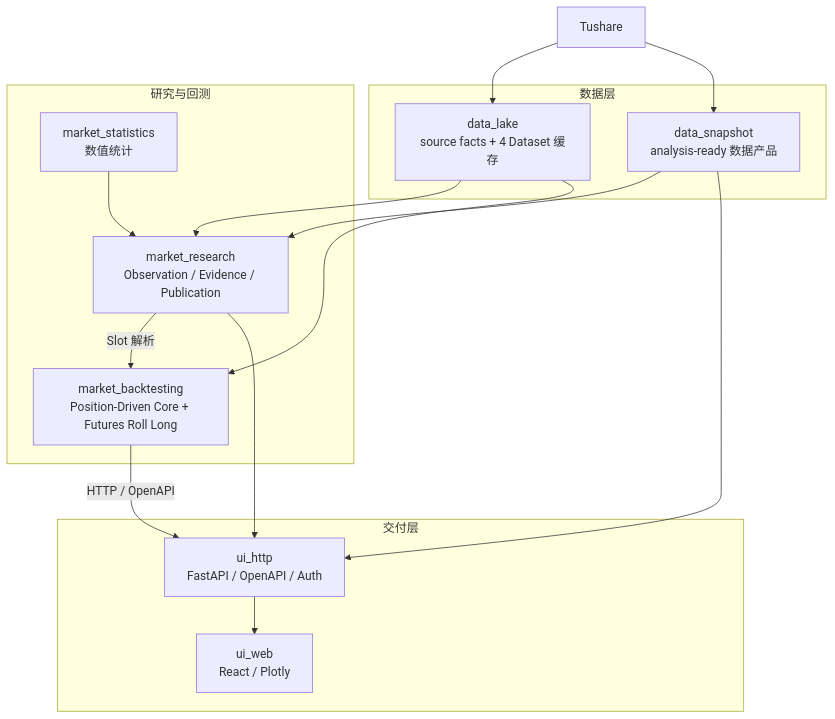
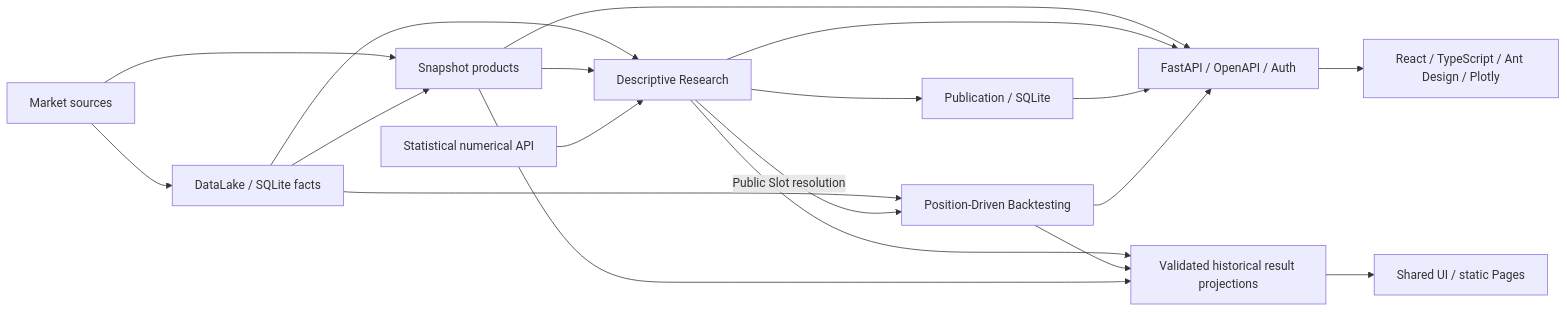
Before and after one commit to ougachakaaa/hg-market-state-lab: the diagram in README.md, drawn with Mermaid. The commit also changed other lines of this file and 40 other files, not shown here.

Commit message:
feat(demo): prepare seven-page public portfolio release and protected Pages pipeline

````diff
--- a/README.md
+++ b/README.md
@@ -63,32 +11,21 @@
 ```mermaid
-flowchart TB
-    SRC["Tushare"]
-
-    subgraph DATA["数据层"]
-        DL["data_lake<br/>source facts + 4 Dataset 缓存"]
-        SN["data_snapshot<br/>analysis-ready 数据产品"]
-    end
-
-    subgraph ANALYTICS["研究与回测"]
-        RS["market_research<br/>Observation / Evidence / Publication"]
-        ST["market_statistics<br/>数值统计"]
-        BT["market_backtesting<br/>Position-Driven Core + Futures Roll Long"]
-    end
-
-    subgraph DELIVERY["交付层"]
-        API["ui_http<br/>FastAPI / OpenAPI / Auth"]
-        WEB["ui_web<br/>React / Plotly"]
-    end
-
-    SRC --> DL
-    SRC --> SN
-    DL --> RS
-    DL --> BT
-    SN --> RS
-    SN --> API
-    ST --> RS
-    RS -->|"Slot 解析"| BT
-    RS --> API
-    BT -->|"HTTP / OpenAPI"| API
-    API --> WEB
+flowchart LR
+    SRC[Market sources] --> DL[DataLake / SQLite facts]
+    SRC --> SN[Snapshot products]
+    DL --> SN
+    DL --> R[Descriptive Research]
+    SN --> R
+    ST[Statistical numerical API] --> R
+    DL --> B[Position-Driven Backtesting]
+    R -->|Public Slot resolution| B
+    R --> P[Publication / SQLite]
+    SN --> API[FastAPI / OpenAPI / Auth]
+    R --> API
+    P --> API
+    B --> API
+    API --> UI[React / TypeScript / Ant Design / Plotly]
+    R --> E[Validated historical result projections]
+    B --> E
+    SN --> E
+    E --> DEMO[Shared UI / static Pages]
 ```
````
